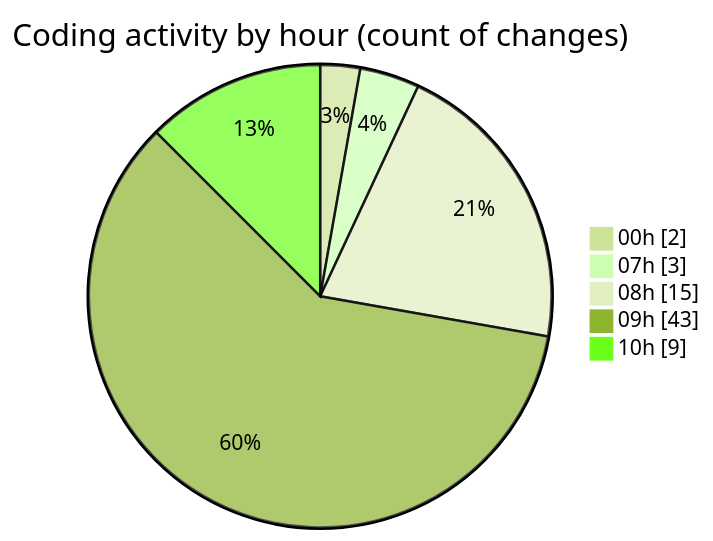
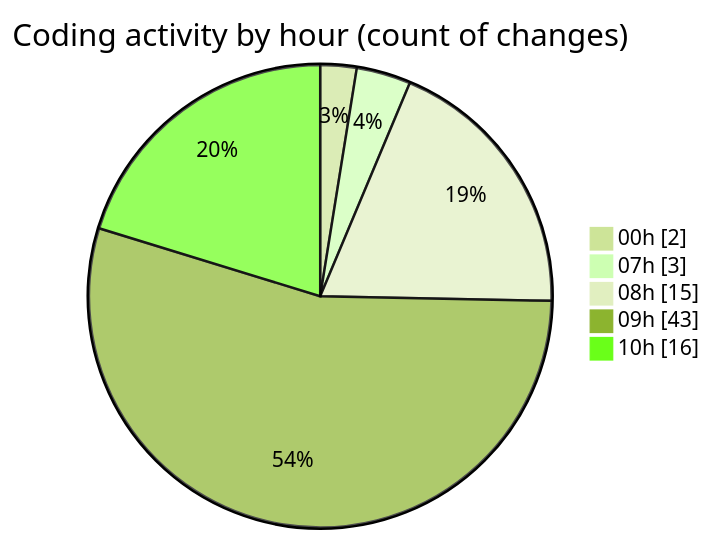
One commit to donsfak/code-tracking changed the second of 2 diagrams in 2025-02-10/maps_clone/README.md. Above: the diagram before and after it, drawn with Mermaid (forest theme). The commit also changed other lines of this file and 1 other file, not shown here.

````diff
--- a/2025-02-10/maps_clone/README.md
+++ b/2025-02-10/maps_clone/README.md
@@ -38,9 +38,9 @@
 ```mermaid
 pie showData
 title Coding activity by hour (count of changes)
 "00h" : 2
 "07h" : 3
 "08h" : 15
 "09h" : 43
-"10h" : 9
+"10h" : 16
 ```
````
